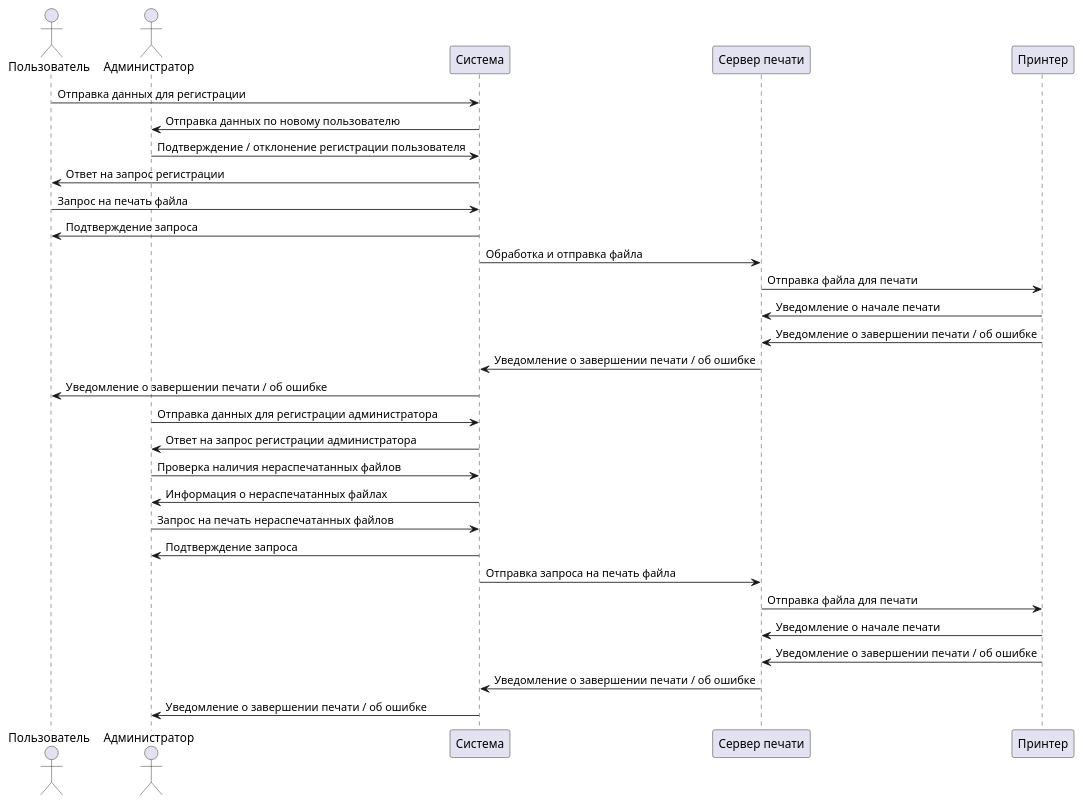
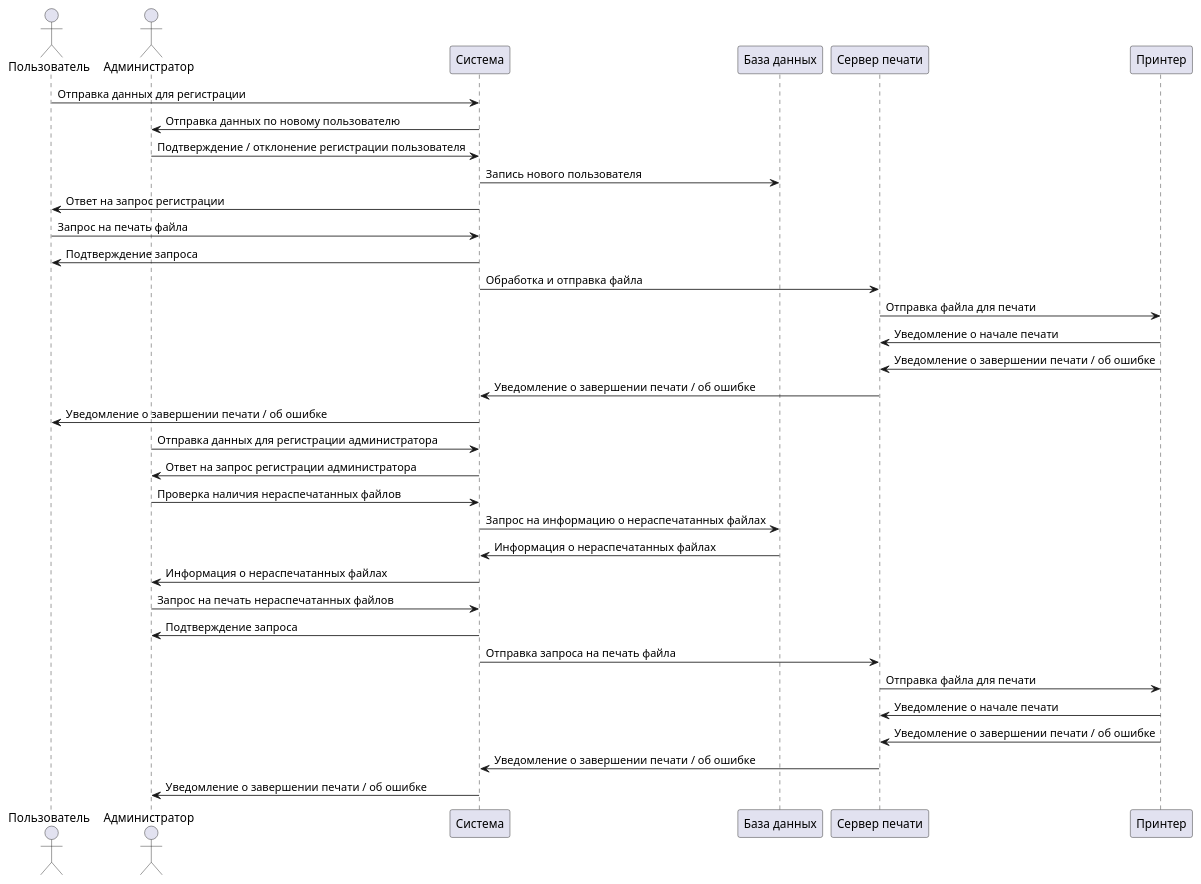
Before and after one commit to krup4/57project: the diagram in sequence.puml, drawn with PlantUML. The commit also changed 3 other files, not shown here.

Commit message:
edit diagrams

```diff
--- a/sequence.puml
+++ b/sequence.puml
@@ -1,36 +1,40 @@
 @startuml
 actor Пользователь
 actor Администратор
 participant Система
+participant "База данных" as db
 participant "Сервер печати" as Server
 participant Принтер
 
 Пользователь -> Система : Отправка данных для регистрации
 Система -> Администратор : Отправка данных по новому пользователю
 Администратор -> Система : Подтверждение / отклонение регистрации пользователя
+Система -> db : Запись нового пользователя
 Система -> Пользователь : Ответ на запрос регистрации
 
 Пользователь -> Система : Запрос на печать файла
 Система -> Пользователь : Подтверждение запроса
 Система -> Server : Обработка и отправка файла
 Server -> Принтер : Отправка файла для печати
 Принтер -> Server : Уведомление о начале печати
 Принтер -> Server : Уведомление о завершении печати / об ошибке
 Server -> Система : Уведомление о завершении печати / об ошибке
 Система -> Пользователь : Уведомление о завершении печати / об ошибке
 
 Администратор -> Система : Отправка данных для регистрации администратора
 Система -> Администратор : Ответ на запрос регистрации администратора
 
 Администратор -> Система : Проверка наличия нераспечатанных файлов
+Система -> db : Запрос на информацию о нераспечатанных файлах
+db -> Система : Информация о нераспечатанных файлах
 Система -> Администратор : Информация о нераспечатанных файлах
 
 Администратор -> Система : Запрос на печать нераспечатанных файлов
 Система -> Администратор : Подтверждение запроса
 Система ->  Server : Отправка запроса на печать файла
 Server -> Принтер : Отправка файла для печати
 Принтер -> Server : Уведомление о начале печати
 Принтер -> Server : Уведомление о завершении печати / об ошибке
 Server -> Система : Уведомление о завершении печати / об ошибке
 Система -> Администратор : Уведомление о завершении печати / об ошибке
 @enduml
```
